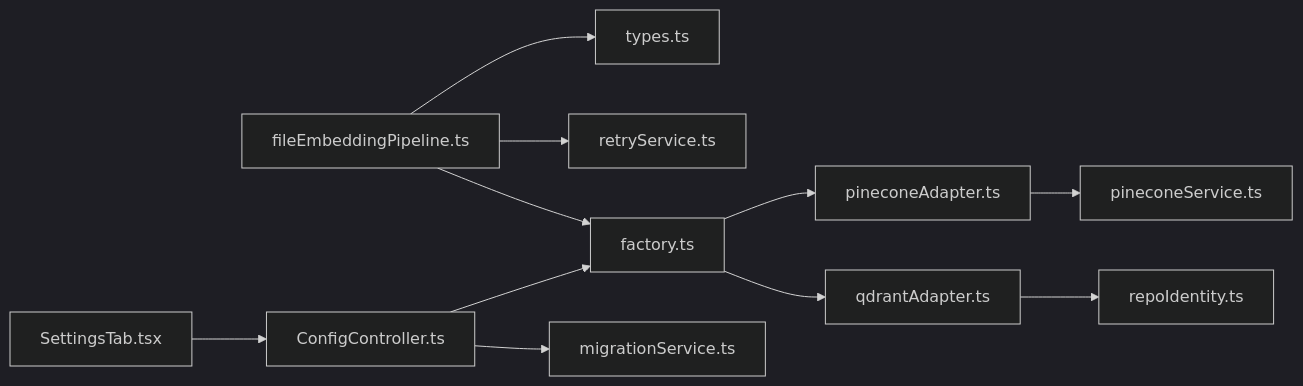
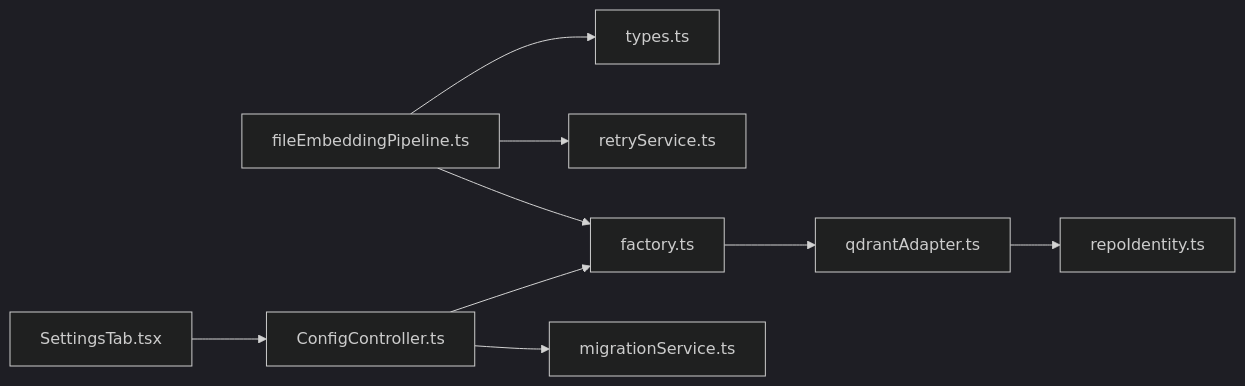
The ninth of 9 diagrams in .qoder/repowiki/en/content/Indexing and Search System/Vector Database Adapters.md (bramburn/repomix-runner), drawn with Mermaid (dark theme) before and after one commit. The commit also changed other lines of this file and 9 other files, not shown here.

````diff
--- a/.qoder/repowiki/en/content/Indexing and Search System/Vector Database Adapters.md
+++ b/.qoder/repowiki/en/content/Indexing and Search System/Vector Database Adapters.md
@@ -393,13 +336,11 @@
 ```mermaid
 graph LR
 Pipeline["fileEmbeddingPipeline.ts"] --> Types["types.ts"]
 Pipeline --> Retry["retryService.ts"]
 Pipeline --> Factory["factory.ts"]
-Factory --> PineconeAdapter["pineconeAdapter.ts"]
 Factory --> QdrantAdapter["qdrantAdapter.ts"]
 QdrantAdapter --> RepoIdentity["repoIdentity.ts"]
-PineconeAdapter --> PineconeService["pineconeService.ts"]
 ConfigCtl["ConfigController.ts"] --> Factory
 ConfigCtl --> Migration["migrationService.ts"]
 UI["SettingsTab.tsx"] --> ConfigCtl
 ```
````
